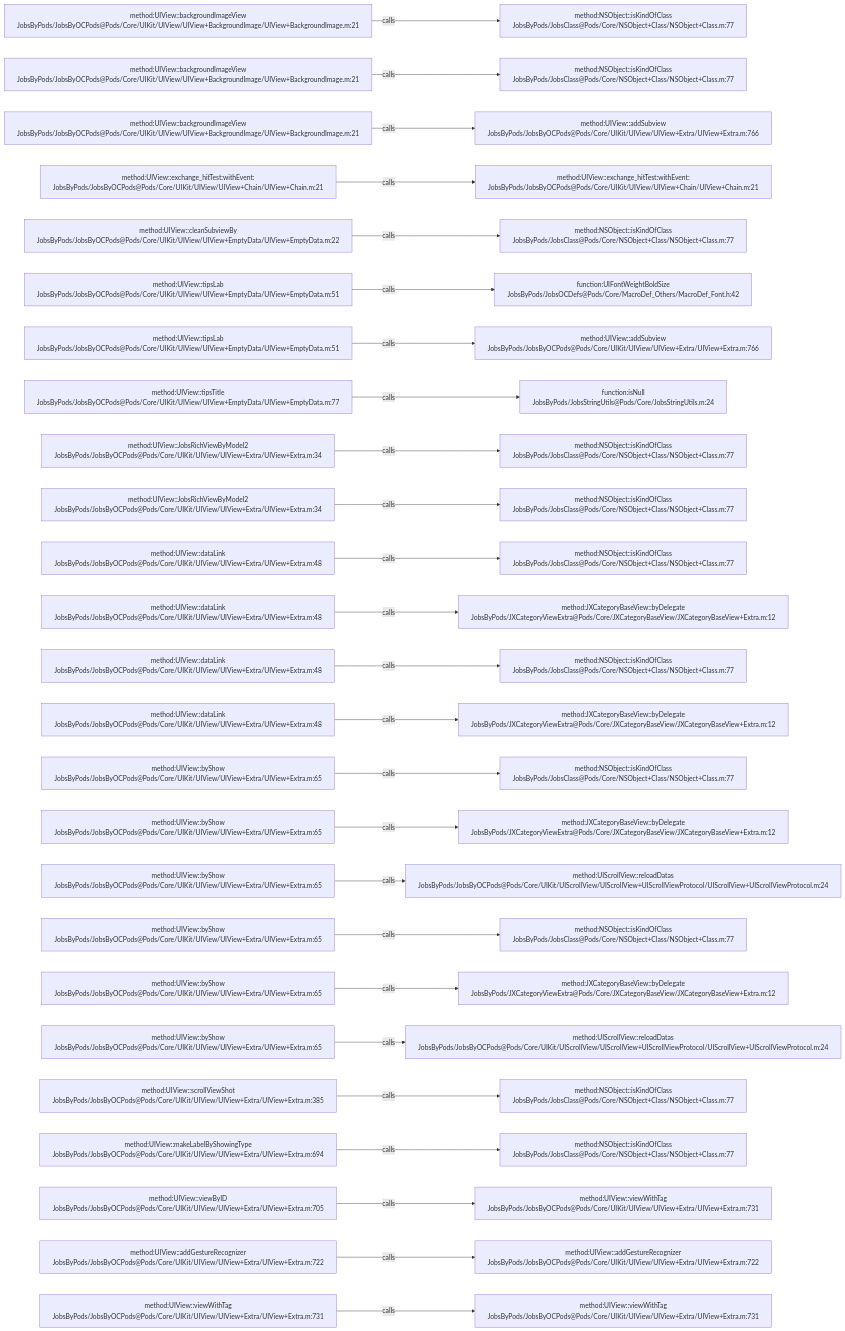
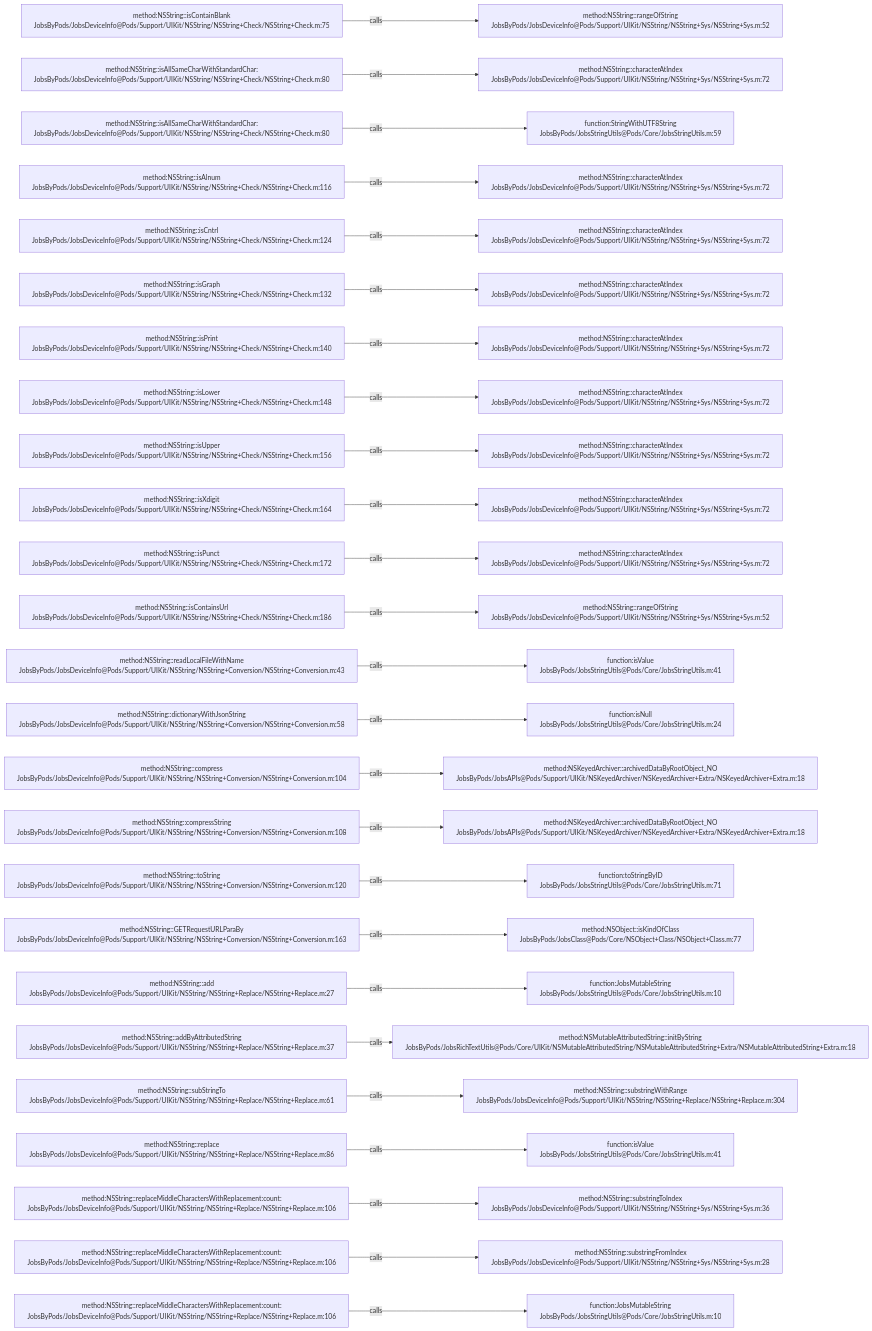
One commit to JobsKits/JobsOCBaseConfigDemo changed the diagram in .codegraph/codegraph.md/graphs/calls-062.md. Above: the diagram before and after it, drawn with Mermaid. The commit also changed 573 other files, not shown here.

````diff
--- a/.codegraph/codegraph.md/graphs/calls-062.md
+++ b/.codegraph/codegraph.md/graphs/calls-062.md
@@ -13,78 +13,78 @@
 ```mermaid
 flowchart LR
-  S1["method:UIView::backgroundImageView<br/>JobsByPods/JobsByOCPods@Pods/Core/UIKit/UIView/UIView+BackgroundImage/UIView+BackgroundImage.m:21"]
-  T1["method:NSObject::isKindOfClass<br/>JobsByPods/JobsClass@Pods/Core/NSObject+Class/NSObject+Class.m:77"]
+  S1["method:NSString::isContainBlank<br/>JobsByPods/JobsDeviceInfo@Pods/Support/UIKit/NSString/NSString+Check/NSString+Check.m:75"]
+  T1["method:NSString::rangeOfString<br/>JobsByPods/JobsDeviceInfo@Pods/Support/UIKit/NSString/NSString+Sys/NSString+Sys.m:52"]
   S1 -->|calls| T1
-  S2["method:UIView::backgroundImageView<br/>JobsByPods/JobsByOCPods@Pods/Core/UIKit/UIView/UIView+BackgroundImage/UIView+BackgroundImage.m:21"]
-  T2["method:NSObject::isKindOfClass<br/>JobsByPods/JobsClass@Pods/Core/NSObject+Class/NSObject+Class.m:77"]
+  S2["method:NSString::isAllSameCharWithStandardChar:<br/>JobsByPods/JobsDeviceInfo@Pods/Support/UIKit/NSString/NSString+Check/NSString+Check.m:80"]
+  T2["method:NSString::characterAtIndex<br/>JobsByPods/JobsDeviceInfo@Pods/Support/UIKit/NSString/NSString+Sys/NSString+Sys.m:72"]
   S2 -->|calls| T2
-  S3["method:UIView::backgroundImageView<br/>JobsByPods/JobsByOCPods@Pods/Core/UIKit/UIView/UIView+BackgroundImage/UIView+BackgroundImage.m:21"]
-  T3["method:UIView::addSubview<br/>JobsByPods/JobsByOCPods@Pods/Core/UIKit/UIView/UIView+Extra/UIView+Extra.m:766"]
+  S3["method:NSString::isAllSameCharWithStandardChar:<br/>JobsByPods/JobsDeviceInfo@Pods/Support/UIKit/NSString/NSString+Check/NSString+Check.m:80"]
+  T3["function:StringWithUTF8String<br/>JobsByPods/JobsStringUtils@Pods/Core/JobsStringUtils.m:59"]
   S3 -->|calls| T3
-  S4["method:UIView::exchange_hitTest:withEvent:<br/>JobsByPods/JobsByOCPods@Pods/Core/UIKit/UIView/UIView+Chain/UIView+Chain.m:21"]
-  T4["method:UIView::exchange_hitTest:withEvent:<br/>JobsByPods/JobsByOCPods@Pods/Core/UIKit/UIView/UIView+Chain/UIView+Chain.m:21"]
+  S4["method:NSString::isAlnum<br/>JobsByPods/JobsDeviceInfo@Pods/Support/UIKit/NSString/NSString+Check/NSString+Check.m:116"]
+  T4["method:NSString::characterAtIndex<br/>JobsByPods/JobsDeviceInfo@Pods/Support/UIKit/NSString/NSString+Sys/NSString+Sys.m:72"]
   S4 -->|calls| T4
-  S5["method:UIView::cleanSubviewBy<br/>JobsByPods/JobsByOCPods@Pods/Core/UIKit/UIView/UIView+EmptyData/UIView+EmptyData.m:22"]
-  T5["method:NSObject::isKindOfClass<br/>JobsByPods/JobsClass@Pods/Core/NSObject+Class/NSObject+Class.m:77"]
+  S5["method:NSString::isCntrl<br/>JobsByPods/JobsDeviceInfo@Pods/Support/UIKit/NSString/NSString+Check/NSString+Check.m:124"]
+  T5["method:NSString::characterAtIndex<br/>JobsByPods/JobsDeviceInfo@Pods/Support/UIKit/NSString/NSString+Sys/NSString+Sys.m:72"]
   S5 -->|calls| T5
-  S6["method:UIView::tipsLab<br/>JobsByPods/JobsByOCPods@Pods/Core/UIKit/UIView/UIView+EmptyData/UIView+EmptyData.m:51"]
-  T6["function:UIFontWeightBoldSize<br/>JobsByPods/JobsOCDefs@Pods/Core/MacroDef_Others/MacroDef_Font.h:42"]
+  S6["method:NSString::isGraph<br/>JobsByPods/JobsDeviceInfo@Pods/Support/UIKit/NSString/NSString+Check/NSString+Check.m:132"]
+  T6["method:NSString::characterAtIndex<br/>JobsByPods/JobsDeviceInfo@Pods/Support/UIKit/NSString/NSString+Sys/NSString+Sys.m:72"]
   S6 -->|calls| T6
-  S7["method:UIView::tipsLab<br/>JobsByPods/JobsByOCPods@Pods/Core/UIKit/UIView/UIView+EmptyData/UIView+EmptyData.m:51"]
-  T7["method:UIView::addSubview<br/>JobsByPods/JobsByOCPods@Pods/Core/UIKit/UIView/UIView+Extra/UIView+Extra.m:766"]
+  S7["method:NSString::isPrint<br/>JobsByPods/JobsDeviceInfo@Pods/Support/UIKit/NSString/NSString+Check/NSString+Check.m:140"]
+  T7["method:NSString::characterAtIndex<br/>JobsByPods/JobsDeviceInfo@Pods/Support/UIKit/NSString/NSString+Sys/NSString+Sys.m:72"]
   S7 -->|calls| T7
-  S8["method:UIView::tipsTitle<br/>JobsByPods/JobsByOCPods@Pods/Core/UIKit/UIView/UIView+EmptyData/UIView+EmptyData.m:77"]
-  T8["function:isNull<br/>JobsByPods/JobsStringUtils@Pods/Core/JobsStringUtils.m:24"]
+  S8["method:NSString::isLower<br/>JobsByPods/JobsDeviceInfo@Pods/Support/UIKit/NSString/NSString+Check/NSString+Check.m:148"]
+  T8["method:NSString::characterAtIndex<br/>JobsByPods/JobsDeviceInfo@Pods/Support/UIKit/NSString/NSString+Sys/NSString+Sys.m:72"]
   S8 -->|calls| T8
-  S9["method:UIView::JobsRichViewByModel2<br/>JobsByPods/JobsByOCPods@Pods/Core/UIKit/UIView/UIView+Extra/UIView+Extra.m:34"]
-  T9["method:NSObject::isKindOfClass<br/>JobsByPods/JobsClass@Pods/Core/NSObject+Class/NSObject+Class.m:77"]
+  S9["method:NSString::isUpper<br/>JobsByPods/JobsDeviceInfo@Pods/Support/UIKit/NSString/NSString+Check/NSString+Check.m:156"]
+  T9["method:NSString::characterAtIndex<br/>JobsByPods/JobsDeviceInfo@Pods/Support/UIKit/NSString/NSString+Sys/NSString+Sys.m:72"]
   S9 -->|calls| T9
-  S10["method:UIView::JobsRichViewByModel2<br/>JobsByPods/JobsByOCPods@Pods/Core/UIKit/UIView/UIView+Extra/UIView+Extra.m:34"]
-  T10["method:NSObject::isKindOfClass<br/>JobsByPods/JobsClass@Pods/Core/NSObject+Class/NSObject+Class.m:77"]
+  S10["method:NSString::isXdigit<br/>JobsByPods/JobsDeviceInfo@Pods/Support/UIKit/NSString/NSString+Check/NSString+Check.m:164"]
+  T10["method:NSString::characterAtIndex<br/>JobsByPods/JobsDeviceInfo@Pods/Support/UIKit/NSString/NSString+Sys/NSString+Sys.m:72"]
   S10 -->|calls| T10
-  S11["method:UIView::dataLink<br/>JobsByPods/JobsByOCPods@Pods/Core/UIKit/UIView/UIView+Extra/UIView+Extra.m:48"]
-  T11["method:NSObject::isKindOfClass<br/>JobsByPods/JobsClass@Pods/Core/NSObject+Class/NSObject+Class.m:77"]
+  S11["method:NSString::isPunct<br/>JobsByPods/JobsDeviceInfo@Pods/Support/UIKit/NSString/NSString+Check/NSString+Check.m:172"]
+  T11["method:NSString::characterAtIndex<br/>JobsByPods/JobsDeviceInfo@Pods/Support/UIKit/NSString/NSString+Sys/NSString+Sys.m:72"]
   S11 -->|calls| T11
-  S12["method:UIView::dataLink<br/>JobsByPods/JobsByOCPods@Pods/Core/UIKit/UIView/UIView+Extra/UIView+Extra.m:48"]
-  T12["method:JXCategoryBaseView::byDelegate<br/>JobsByPods/JXCategoryViewExtra@Pods/Core/JXCategoryBaseView/JXCategoryBaseView+Extra.m:12"]
+  S12["method:NSString::isContainsUrl<br/>JobsByPods/JobsDeviceInfo@Pods/Support/UIKit/NSString/NSString+Check/NSString+Check.m:186"]
+  T12["method:NSString::rangeOfString<br/>JobsByPods/JobsDeviceInfo@Pods/Support/UIKit/NSString/NSString+Sys/NSString+Sys.m:52"]
   S12 -->|calls| T12
-  S13["method:UIView::dataLink<br/>JobsByPods/JobsByOCPods@Pods/Core/UIKit/UIView/UIView+Extra/UIView+Extra.m:48"]
-  T13["method:NSObject::isKindOfClass<br/>JobsByPods/JobsClass@Pods/Core/NSObject+Class/NSObject+Class.m:77"]
+  S13["method:NSString::readLocalFileWithName<br/>JobsByPods/JobsDeviceInfo@Pods/Support/UIKit/NSString/NSString+Conversion/NSString+Conversion.m:43"]
+  T13["function:isValue<br/>JobsByPods/JobsStringUtils@Pods/Core/JobsStringUtils.m:41"]
   S13 -->|calls| T13
-  S14["method:UIView::dataLink<br/>JobsByPods/JobsByOCPods@Pods/Core/UIKit/UIView/UIView+Extra/UIView+Extra.m:48"]
-  T14["method:JXCategoryBaseView::byDelegate<br/>JobsByPods/JXCategoryViewExtra@Pods/Core/JXCategoryBaseView/JXCategoryBaseView+Extra.m:12"]
+  S14["method:NSString::dictionaryWithJsonString<br/>JobsByPods/JobsDeviceInfo@Pods/Support/UIKit/NSString/NSString+Conversion/NSString+Conversion.m:58"]
+  T14["function:isNull<br/>JobsByPods/JobsStringUtils@Pods/Core/JobsStringUtils.m:24"]
   S14 -->|calls| T14
-  S15["method:UIView::byShow<br/>JobsByPods/JobsByOCPods@Pods/Core/UIKit/UIView/UIView+Extra/UIView+Extra.m:65"]
-  T15["method:NSObject::isKindOfClass<br/>JobsByPods/JobsClass@Pods/Core/NSObject+Class/NSObject+Class.m:77"]
+  S15["method:NSString::compress<br/>JobsByPods/JobsDeviceInfo@Pods/Support/UIKit/NSString/NSString+Conversion/NSString+Conversion.m:104"]
+  T15["method:NSKeyedArchiver::archivedDataByRootObject_NO<br/>JobsByPods/JobsAPIs@Pods/Support/UIKit/NSKeyedArchiver/NSKeyedArchiver+Extra/NSKeyedArchiver+Extra.m:18"]
   S15 -->|calls| T15
-  S16["method:UIView::byShow<br/>JobsByPods/JobsByOCPods@Pods/Core/UIKit/UIView/UIView+Extra/UIView+Extra.m:65"]
-  T16["method:JXCategoryBaseView::byDelegate<br/>JobsByPods/JXCategoryViewExtra@Pods/Core/JXCategoryBaseView/JXCategoryBaseView+Extra.m:12"]
+  S16["method:NSString::compressString<br/>JobsByPods/JobsDeviceInfo@Pods/Support/UIKit/NSString/NSString+Conversion/NSString+Conversion.m:108"]
+  T16["method:NSKeyedArchiver::archivedDataByRootObject_NO<br/>JobsByPods/JobsAPIs@Pods/Support/UIKit/NSKeyedArchiver/NSKeyedArchiver+Extra/NSKeyedArchiver+Extra.m:18"]
   S16 -->|calls| T16
-  S17["method:UIView::byShow<br/>JobsByPods/JobsByOCPods@Pods/Core/UIKit/UIView/UIView+Extra/UIView+Extra.m:65"]
-  T17["method:UIScrollView::reloadDatas<br/>JobsByPods/JobsByOCPods@Pods/Core/UIKit/UIScrollView/UIScrollView+UIScrollViewProtocol/UIScrollView+UIScrollViewProtocol.m:24"]
+  S17["method:NSString::toString<br/>JobsByPods/JobsDeviceInfo@Pods/Support/UIKit/NSString/NSString+Conversion/NSString+Conversion.m:120"]
+  T17["function:toStringByID<br/>JobsByPods/JobsStringUtils@Pods/Core/JobsStringUtils.m:71"]
   S17 -->|calls| T17
-  S18["method:UIView::byShow<br/>JobsByPods/JobsByOCPods@Pods/Core/UIKit/UIView/UIView+Extra/UIView+Extra.m:65"]
+  S18["method:NSString::GETRequestURLParaBy<br/>JobsByPods/JobsDeviceInfo@Pods/Support/UIKit/NSString/NSString+Conversion/NSString+Conversion.m:163"]
   T18["method:NSObject::isKindOfClass<br/>JobsByPods/JobsClass@Pods/Core/NSObject+Class/NSObject+Class.m:77"]
   S18 -->|calls| T18
-  S19["method:UIView::byShow<br/>JobsByPods/JobsByOCPods@Pods/Core/UIKit/UIView/UIView+Extra/UIView+Extra.m:65"]
-  T19["method:JXCategoryBaseView::byDelegate<br/>JobsByPods/JXCategoryViewExtra@Pods/Core/JXCategoryBaseView/JXCategoryBaseView+Extra.m:12"]
+  S19["method:NSString::add<br/>JobsByPods/JobsDeviceInfo@Pods/Support/UIKit/NSString/NSString+Replace/NSString+Replace.m:27"]
+  T19["function:JobsMutableString<br/>JobsByPods/JobsStringUtils@Pods/Core/JobsStringUtils.m:10"]
   S19 -->|calls| T19
-  S20["method:UIView::byShow<br/>JobsByPods/JobsByOCPods@Pods/Core/UIKit/UIView/UIView+Extra/UIView+Extra.m:65"]
-  T20["method:UIScrollView::reloadDatas<br/>JobsByPods/JobsByOCPods@Pods/Core/UIKit/UIScrollView/UIScrollView+UIScrollViewProtocol/UIScrollView+UIScrollViewProtocol.m:24"]
+  S20["method:NSString::addByAttributedString<br/>JobsByPods/JobsDeviceInfo@Pods/Support/UIKit/NSString/NSString+Replace/NSString+Replace.m:37"]
+  T20["method:NSMutableAttributedString::initByString<br/>JobsByPods/JobsRichTextUtils@Pods/Core/UIKit/NSMutableAttributedString/NSMutableAttributedString+Extra/NSMutableAttributedString+Extra.m:18"]
   S20 -->|calls| T20
-  S21["method:UIView::scrollViewShot<br/>JobsByPods/JobsByOCPods@Pods/Core/UIKit/UIView/UIView+Extra/UIView+Extra.m:385"]
-  T21["method:NSObject::isKindOfClass<br/>JobsByPods/JobsClass@Pods/Core/NSObject+Class/NSObject+Class.m:77"]
+  S21["method:NSString::subStringTo<br/>JobsByPods/JobsDeviceInfo@Pods/Support/UIKit/NSString/NSString+Replace/NSString+Replace.m:61"]
+  T21["method:NSString::substringWithRange<br/>JobsByPods/JobsDeviceInfo@Pods/Support/UIKit/NSString/NSString+Replace/NSString+Replace.m:304"]
   S21 -->|calls| T21
-  S22["method:UIView::makeLabelByShowingType<br/>JobsByPods/JobsByOCPods@Pods/Core/UIKit/UIView/UIView+Extra/UIView+Extra.m:694"]
-  T22["method:NSObject::isKindOfClass<br/>JobsByPods/JobsClass@Pods/Core/NSObject+Class/NSObject+Class.m:77"]
+  S22["method:NSString::replace<br/>JobsByPods/JobsDeviceInfo@Pods/Support/UIKit/NSString/NSString+Replace/NSString+Replace.m:86"]
+  T22["function:isValue<br/>JobsByPods/JobsStringUtils@Pods/Core/JobsStringUtils.m:41"]
   S22 -->|calls| T22
-  S23["method:UIView::viewByID<br/>JobsByPods/JobsByOCPods@Pods/Core/UIKit/UIView/UIView+Extra/UIView+Extra.m:705"]
-  T23["method:UIView::viewWithTag<br/>JobsByPods/JobsByOCPods@Pods/Core/UIKit/UIView/UIView+Extra/UIView+Extra.m:731"]
+  S23["method:NSString::replaceMiddleCharactersWithReplacement:count:<br/>JobsByPods/JobsDeviceInfo@Pods/Support/UIKit/NSString/NSString+Replace/NSString+Replace.m:106"]
+  T23["method:NSString::substringToIndex<br/>JobsByPods/JobsDeviceInfo@Pods/Support/UIKit/NSString/NSString+Sys/NSString+Sys.m:36"]
   S23 -->|calls| T23
-  S24["method:UIView::addGestureRecognizer<br/>JobsByPods/JobsByOCPods@Pods/Core/UIKit/UIView/UIView+Extra/UIView+Extra.m:722"]
-  T24["method:UIView::addGestureRecognizer<br/>JobsByPods/JobsByOCPods@Pods/Core/UIKit/UIView/UIView+Extra/UIView+Extra.m:722"]
+  S24["method:NSString::replaceMiddleCharactersWithReplacement:count:<br/>JobsByPods/JobsDeviceInfo@Pods/Support/UIKit/NSString/NSString+Replace/NSString+Replace.m:106"]
+  T24["method:NSString::substringFromIndex<br/>JobsByPods/JobsDeviceInfo@Pods/Support/UIKit/NSString/NSString+Sys/NSString+Sys.m:28"]
   S24 -->|calls| T24
-  S25["method:UIView::viewWithTag<br/>JobsByPods/JobsByOCPods@Pods/Core/UIKit/UIView/UIView+Extra/UIView+Extra.m:731"]
-  T25["method:UIView::viewWithTag<br/>JobsByPods/JobsByOCPods@Pods/Core/UIKit/UIView/UIView+Extra/UIView+Extra.m:731"]
+  S25["method:NSString::replaceMiddleCharactersWithReplacement:count:<br/>JobsByPods/JobsDeviceInfo@Pods/Support/UIKit/NSString/NSString+Replace/NSString+Replace.m:106"]
+  T25["function:JobsMutableString<br/>JobsByPods/JobsStringUtils@Pods/Core/JobsStringUtils.m:10"]
   S25 -->|calls| T25
 ```
````
